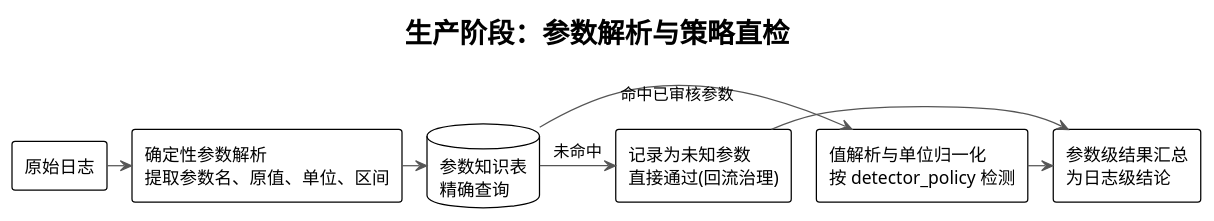
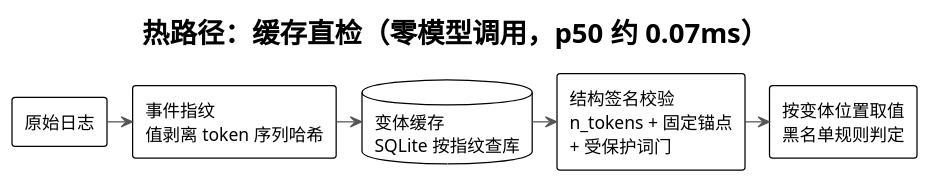
Before and after one commit to HouMonKy/TIG-PIPLUP: the seventh of 14 diagrams in LogNet3.0方案设计与实现文档.md, drawn with PlantUML. The commit also changed other lines of this file, not shown here.

````diff
--- a/LogNet3.0方案设计与实现文档.md
+++ b/LogNet3.0方案设计与实现文档.md
@@ -607,25 +606,22 @@
 ```plantuml
-@startuml Parameter_Overview_Production
+@startuml Parameter_Overview_Hot
 !theme plain
 skinparam shadowing false
 skinparam ArrowColor #555555
 skinparam nodesep 20
 skinparam ranksep 30
 
-title 生产阶段：参数解析与策略直检
+title 热路径：缓存直检（零模型调用，p50 约 0.07ms）
 
 rectangle "原始日志" as log
-rectangle "确定性参数解析\n提取参数名、原值、单位、区间" as parse
-database "参数知识表\n精确查询" as query
-rectangle "值解析与单位归一化\n按 detector_policy 检测" as hit
-rectangle "记录为未知参数\n直接通过(回流治理)" as miss
-rectangle "参数级结果汇总\n为日志级结论" as agg
+rectangle "事件指纹\n值剥离 token 序列哈希" as fp
+database "变体缓存\nSQLite 按指纹查库" as store
+rectangle "结构签名校验\nn_tokens + 固定锚点\n+ 受保护词门" as sig
+rectangle "按变体位置取值\n黑名单规则判定" as rule
 
-log -right-> parse
-parse -right-> query
-query -right-> hit : 命中已审核参数
-query -right-> miss : 未命中
-hit -right-> agg
-miss -right-> agg
+log -right-> fp
+fp -right-> store
+store -right-> sig
+sig -right-> rule
 @enduml
 ```
````
